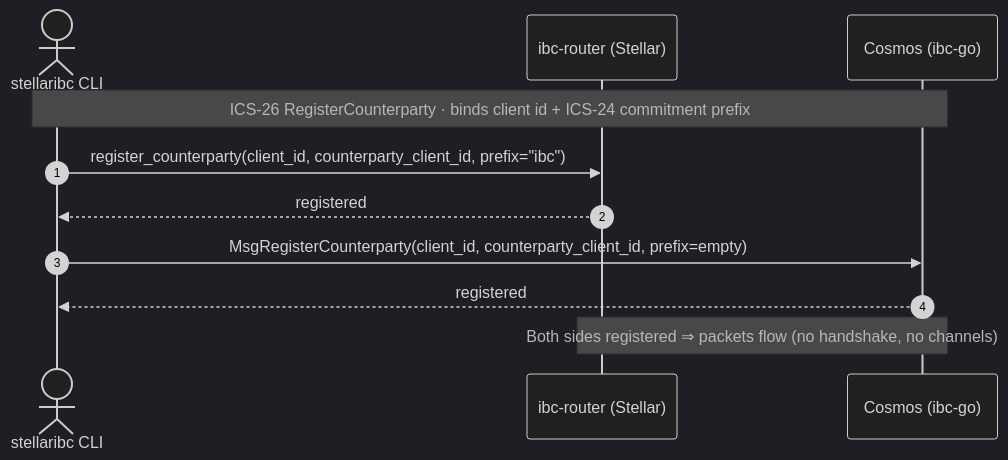
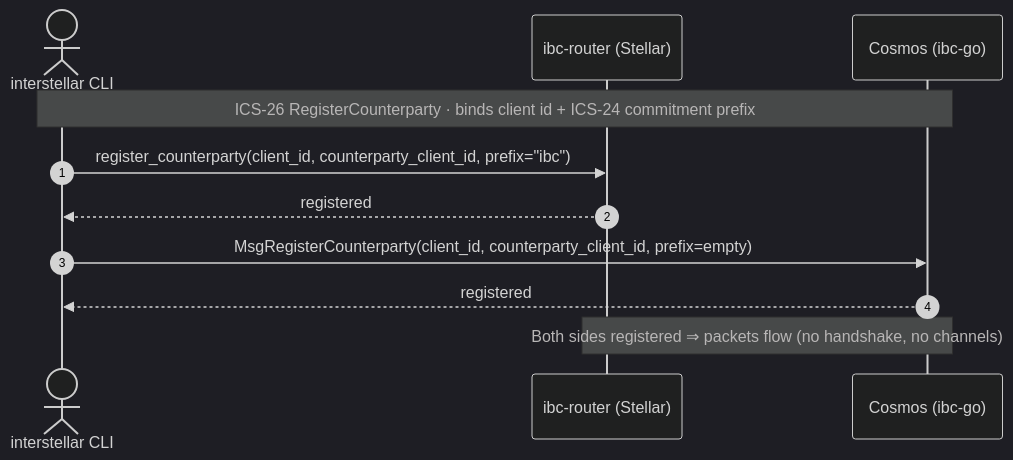
The second of 6 diagrams in architecture.md (amandagonsalves/sdf-ibc-proposal), drawn with Mermaid (dark theme) before and after one commit. The commit also changed other lines of this file and 3 other files, not shown here.

First line of the commit message:
docs(architecture): update cli name and token transfer details

````diff
--- a/architecture.md
+++ b/architecture.md
@@ -350,14 +351,14 @@
 ```mermaid
 sequenceDiagram
     autonumber
-    actor Op as stellaribc CLI
+    actor Op as interstellar CLI
     participant RT as ibc-router (Stellar)
     participant CO as Cosmos (ibc-go)
 
     Note over Op,CO: ICS-26 RegisterCounterparty · binds client id + ICS-24 commitment prefix
     Op->>RT: register_counterparty(client_id, counterparty_client_id, prefix="ibc")
     RT-->>Op: registered
     Op->>CO: MsgRegisterCounterparty(client_id, counterparty_client_id, prefix=empty)
     CO-->>Op: registered
     Note over RT,CO: Both sides registered ⇒ packets flow (no handshake, no channels)
 ```
````
